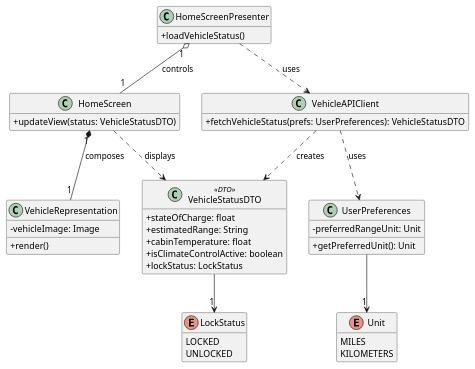
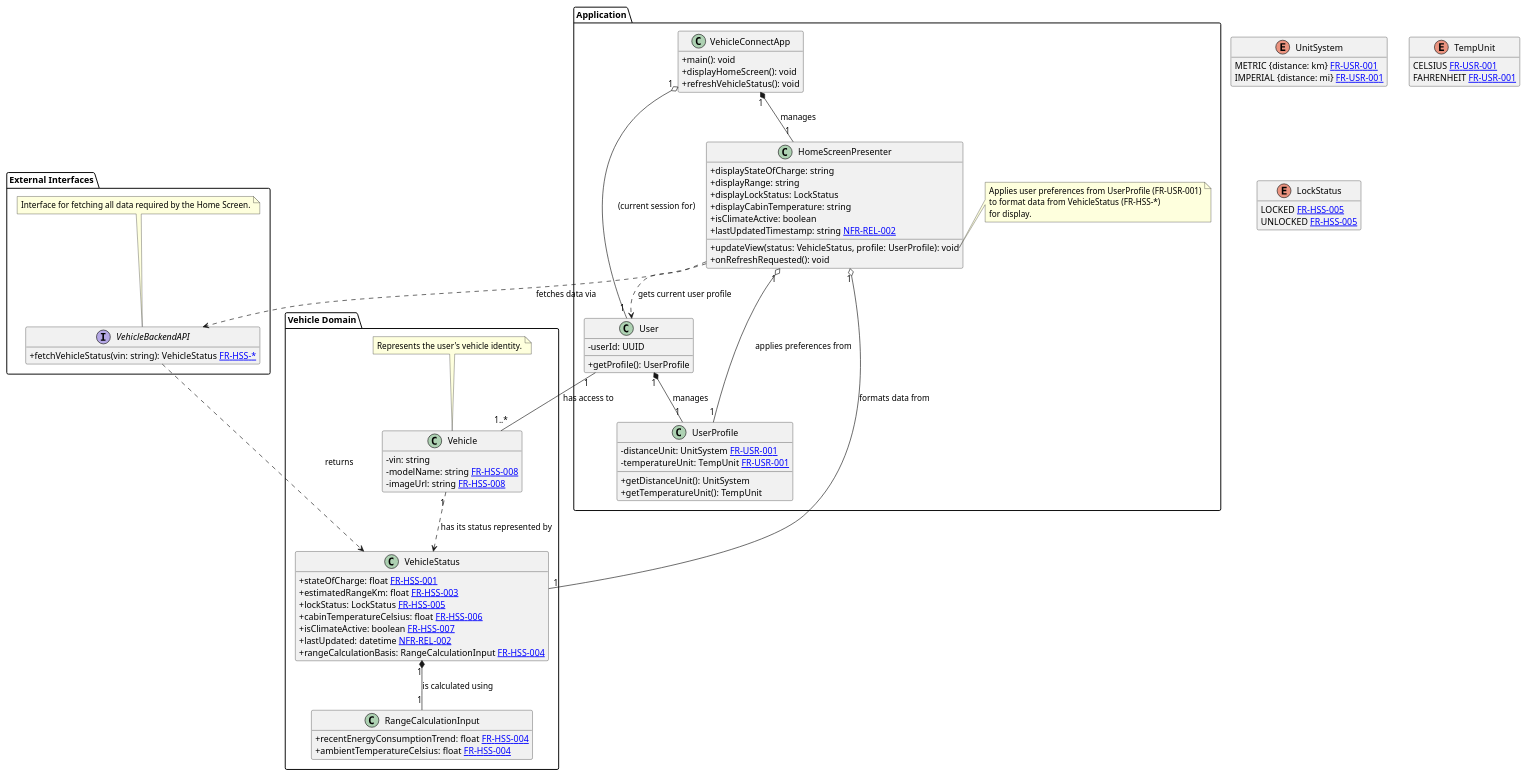
Before and after one commit to fcaversan/SRS_Project: the diagram in uml_diagrams/class/Home_Screen_Vehicle_Status_v3_class_diagram.puml, drawn with PlantUML. The commit also changed 149 other files, not shown here.

First line of the commit message:
feat: Add scope enforcement to prevent diagram hallucination and feature drift

```diff
--- a/uml_diagrams/class/Home_Screen_Vehicle_Status_v3_class_diagram.puml
+++ b/uml_diagrams/class/Home_Screen_Vehicle_Status_v3_class_diagram.puml
@@ -1,75 +1,136 @@
 @startuml
 
 skinparam classAttributeIconSize 0
 hide empty members
 
-' --- Classes representing the new, backend-centric architecture ---
-
-class HomeScreen {
-  + updateView(status: VehicleStatusDTO)
+' =============================================
+' Enums (Scoped to User Preferences for Home Screen)
+' =============================================
+enum UnitSystem {
+  METRIC {distance: km} [[FR-USR-001]]
+  IMPERIAL {distance: mi} [[FR-USR-001]]
 }
 
-class HomeScreenPresenter {
-  + loadVehicleStatus()
-}
-
-class VehicleAPIClient {
-  + fetchVehicleStatus(prefs: UserPreferences): VehicleStatusDTO
-}
-
-class VehicleRepresentation {
-  - vehicleImage: Image
-  + render()
-}
-
-class VehicleStatusDTO <<DTO>> {
-  + stateOfCharge: float
-  + estimatedRange: String
-  + cabinTemperature: float
-  + isClimateControlActive: boolean
-  + lockStatus: LockStatus
-}
-
-class UserPreferences {
-  - preferredRangeUnit: Unit
-  + getPreferredUnit(): Unit
+enum TempUnit {
+  CELSIUS [[FR-USR-001]]
+  FAHRENHEIT [[FR-USR-001]]
 }
 
 enum LockStatus {
-  LOCKED
-  UNLOCKED
+  LOCKED [[FR-HSS-005]]
+  UNLOCKED [[FR-HSS-005]]
 }
 
-enum Unit {
-  MILES
-  KILOMETERS
+' =============================================
+' Application Layer
+' =============================================
+package "Application" {
+
+  class VehicleConnectApp {
+    +main(): void
+    +displayHomeScreen(): void
+    +refreshVehicleStatus(): void
+  }
+
+  class User {
+    -userId: UUID
+    +getProfile(): UserProfile
+  }
+
+  class UserProfile {
+    -distanceUnit: UnitSystem [[FR-USR-001]]
+    -temperatureUnit: TempUnit [[FR-USR-001]]
+    +getDistanceUnit(): UnitSystem
+    +getTemperatureUnit(): TempUnit
+  }
+
+  class HomeScreenPresenter {
+    +displayStateOfCharge: string
+    +displayRange: string
+    +displayLockStatus: LockStatus
+    +displayCabinTemperature: string
+    +isClimateActive: boolean
+    +lastUpdatedTimestamp: string [[NFR-PERF-002, NFR-REL-002]]
+    +updateView(status: VehicleStatus, profile: UserProfile): void
+    +onRefreshRequested(): void
+  }
+  note right of HomeScreenPresenter::updateView
+    Applies user preferences from UserProfile (FR-USR-001)
+    to format data from VehicleStatus (FR-HSS-*)
+    for display.
+  end note
+
+}
+
+' =============================================
+' Vehicle Domain (Scoped to Home Screen needs)
+' =============================================
+package "Vehicle Domain" {
+
+  class Vehicle {
+    -vin: string
+    -modelName: string [[FR-HSS-008]]
+    -imageUrl: string [[FR-HSS-008]]
+  }
+  note top of Vehicle : Represents the user's vehicle identity.
+  
+  class VehicleStatus {
+    +stateOfCharge: float [[FR-HSS-001]]
+    +estimatedRangeKm: float [[FR-HSS-003]]
+    +lockStatus: LockStatus [[FR-HSS-005]]
+    +cabinTemperatureCelsius: float [[FR-HSS-006]]
+    +isClimateActive: boolean [[FR-HSS-007]]
+    +lastUpdated: datetime [[NFR-PERF-002, NFR-REL-002]]
+    +rangeCalculationBasis: RangeCalculationInput [[FR-HSS-004]]
+  }
+  
+  class RangeCalculationInput {
+    +recentEnergyConsumptionTrend: float [[FR-HSS-004]]
+    +ambientTemperatureCelsius: float [[FR-HSS-004]]
+  }
+
+}
+
+' =============================================
+' External Interfaces (Scoped to Home Screen needs)
+' =============================================
+package "External Interfaces" {
+  interface VehicleBackendAPI {
+    +fetchVehicleStatus(vin: string): VehicleStatus [[FR-HSS-*]]
+  }
+  note top of VehicleBackendAPI : Interface for fetching all data required by the Home Screen.
 }
 
 
-' --- Relationships ---
+' =============================================
+' Relationships
+' =============================================
 
-' A Presenter controls the HomeScreen view.
-HomeScreenPresenter "1" o-- "1" HomeScreen : controls
+' --- Application Composition ---
+VehicleConnectApp "1" *-- "1" HomeScreenPresenter : manages
+VehicleConnectApp "1" o-- "1" User : (current session for)
+User "1" *-- "1" UserProfile : manages
 
-' The Presenter uses the API Client to fetch data.
-HomeScreenPresenter ..> VehicleAPIClient : uses
+' --- Presenter Dependencies (MVP/MVVM Pattern) ---
+' The Presenter orchestrates data fetching and formatting for the view.
+HomeScreenPresenter ..> VehicleBackendAPI : fetches data via
+HomeScreenPresenter ..> User : gets current user profile
 
-' The HomeScreen is composed of a graphical representation of the vehicle.
-HomeScreen "1" *-- "1" VehicleRepresentation : composes
+' The Presenter uses domain models to format display data, addressing the unit conversion requirement.
+HomeScreenPresenter "1" o-- "1" VehicleStatus : formats data from
+HomeScreenPresenter "1" o-- "1" UserProfile : applies preferences from
 
-' The HomeScreen receives a DTO from the Presenter to update its view.
-HomeScreen ..> VehicleStatusDTO : displays
+' --- User and Vehicle Relationship ---
+User "1" -- "1..*" Vehicle : has access to
 
-' The API Client uses UserPreferences to make the correct API call.
-VehicleAPIClient ..> UserPreferences : uses
+' --- Vehicle Data Composition ---
+' VehicleStatus encapsulates the data required by the home screen (FR-HSS-*).
+Vehicle "1" ..> VehicleStatus : has its status represented by
+' The basis for the range calculation is explicitly modeled as per FR-HSS-004.
+VehicleStatus "1" *-- "1" RangeCalculationInput : is calculated using
 
-' The API Client is responsible for creating/returning the DTO.
-VehicleAPIClient ..> VehicleStatusDTO : creates
-
-' The DTO holds a reference to the LockStatus enum.
-VehicleStatusDTO --> "1" LockStatus
-
-' UserPreferences holds a reference to the Unit enum.
-UserPreferences --> "1" Unit
+' --- API Interaction ---
+' The API is the source of truth for vehicle data.
+VehicleBackendAPI ..> VehicleStatus : returns
 
 @enduml
```
